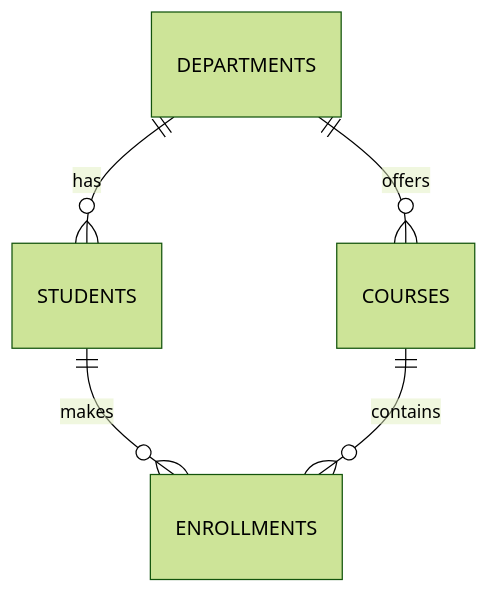
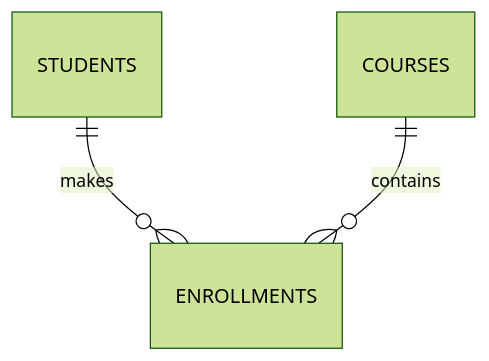
Before and after one commit to Yves-Developer/plsql-assignment4-20251SEN202-20251SEN243: the diagram in README.md, drawn with Mermaid (forest theme). The commit also changed other lines of this file, not shown here.

````diff
--- a/README.md
+++ b/README.md
@@ -53,7 +49,5 @@
 ```mermaid
 erDiagram
-    DEPARTMENTS ||--o{ STUDENTS : "has"
-    DEPARTMENTS ||--o{ COURSES : "offers"
     STUDENTS ||--o{ ENROLLMENTS : "makes"
     COURSES ||--o{ ENROLLMENTS : "contains"
 ```
````
